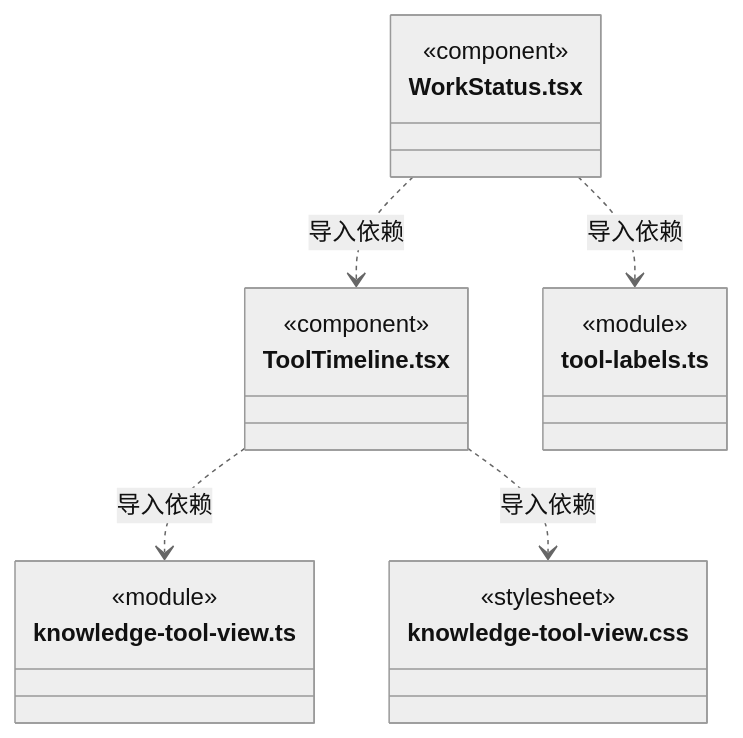
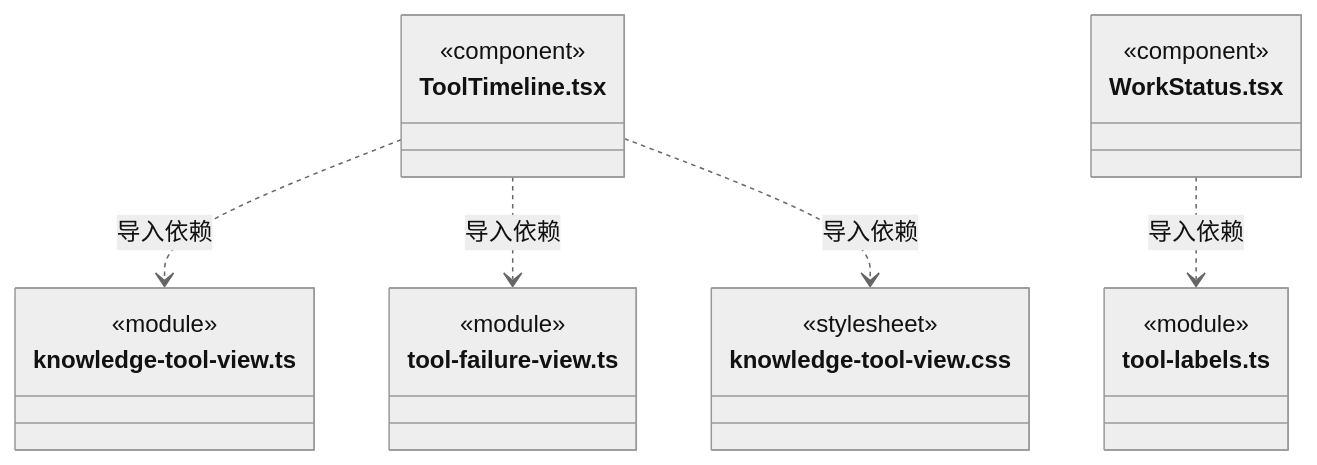
One commit to nan023062/cbim changed diagram 17 of 18 in src/frontend/execution-view/ARCHITECTURE.md. Above: the diagram before and after it, drawn with Mermaid (neutral theme). The commit also changed other lines of this file and 27 other files, not shown here.

````diff
--- a/src/frontend/execution-view/ARCHITECTURE.md
+++ b/src/frontend/execution-view/ARCHITECTURE.md
@@ -225,22 +238,25 @@
 ```mermaid
 classDiagram
 class N_src_frontend_execution_view_ToolTimeline_tsx["ToolTimeline.tsx"] {
   <<component>>
 }
 class N_src_frontend_execution_view_knowledge_tool_view_ts["knowledge-tool-view.ts"] {
+  <<module>>
+}
+class N_src_frontend_execution_view_tool_failure_view_ts["tool-failure-view.ts"] {
   <<module>>
 }
 class N_src_frontend_execution_view_knowledge_tool_view_css["knowledge-tool-view.css"] {
   <<stylesheet>>
 }
 class N_src_frontend_execution_view_WorkStatus_tsx["WorkStatus.tsx"] {
   <<component>>
 }
 class N_src_frontend_execution_view_tool_labels_ts["tool-labels.ts"] {
   <<module>>
 }
 N_src_frontend_execution_view_ToolTimeline_tsx ..> N_src_frontend_execution_view_knowledge_tool_view_ts : 导入依赖
+N_src_frontend_execution_view_ToolTimeline_tsx ..> N_src_frontend_execution_view_tool_failure_view_ts : 导入依赖
 N_src_frontend_execution_view_ToolTimeline_tsx ..> N_src_frontend_execution_view_knowledge_tool_view_css : 导入依赖
 N_src_frontend_execution_view_WorkStatus_tsx ..> N_src_frontend_execution_view_tool_labels_ts : 导入依赖
-N_src_frontend_execution_view_WorkStatus_tsx ..> N_src_frontend_execution_view_ToolTimeline_tsx : 导入依赖
 ```
````
